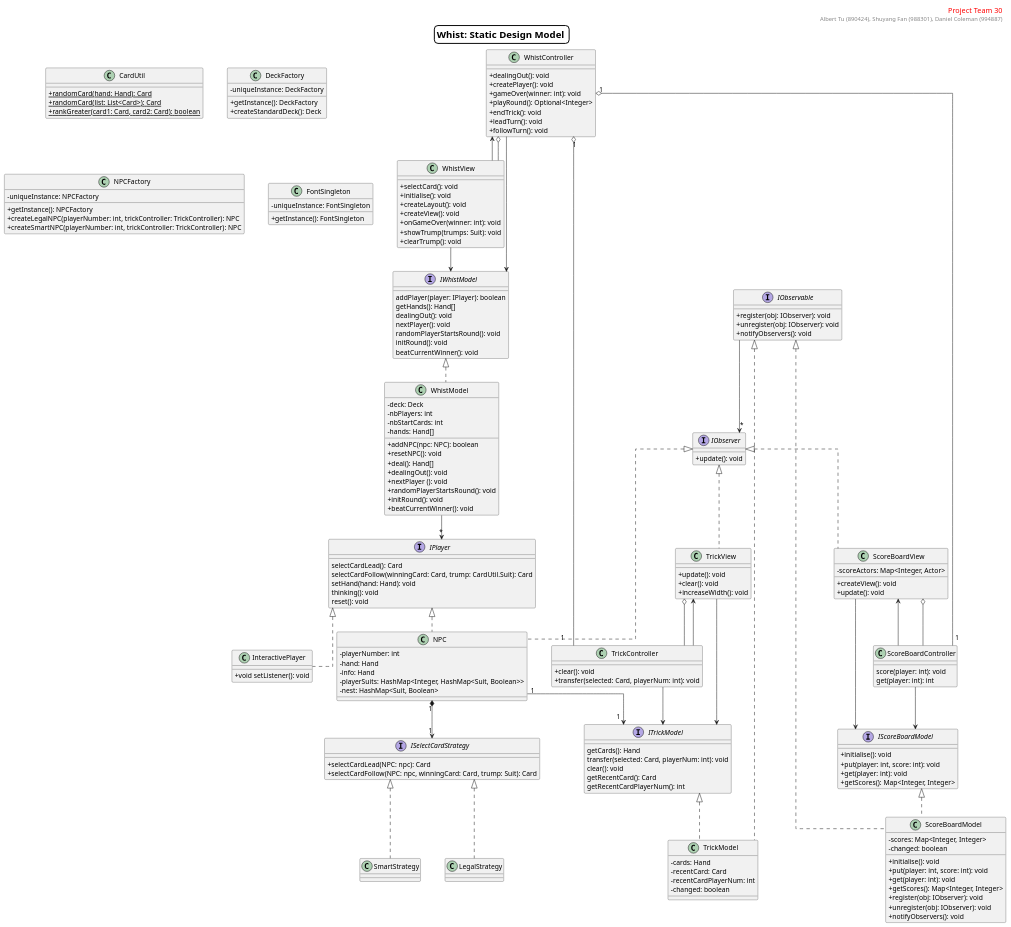
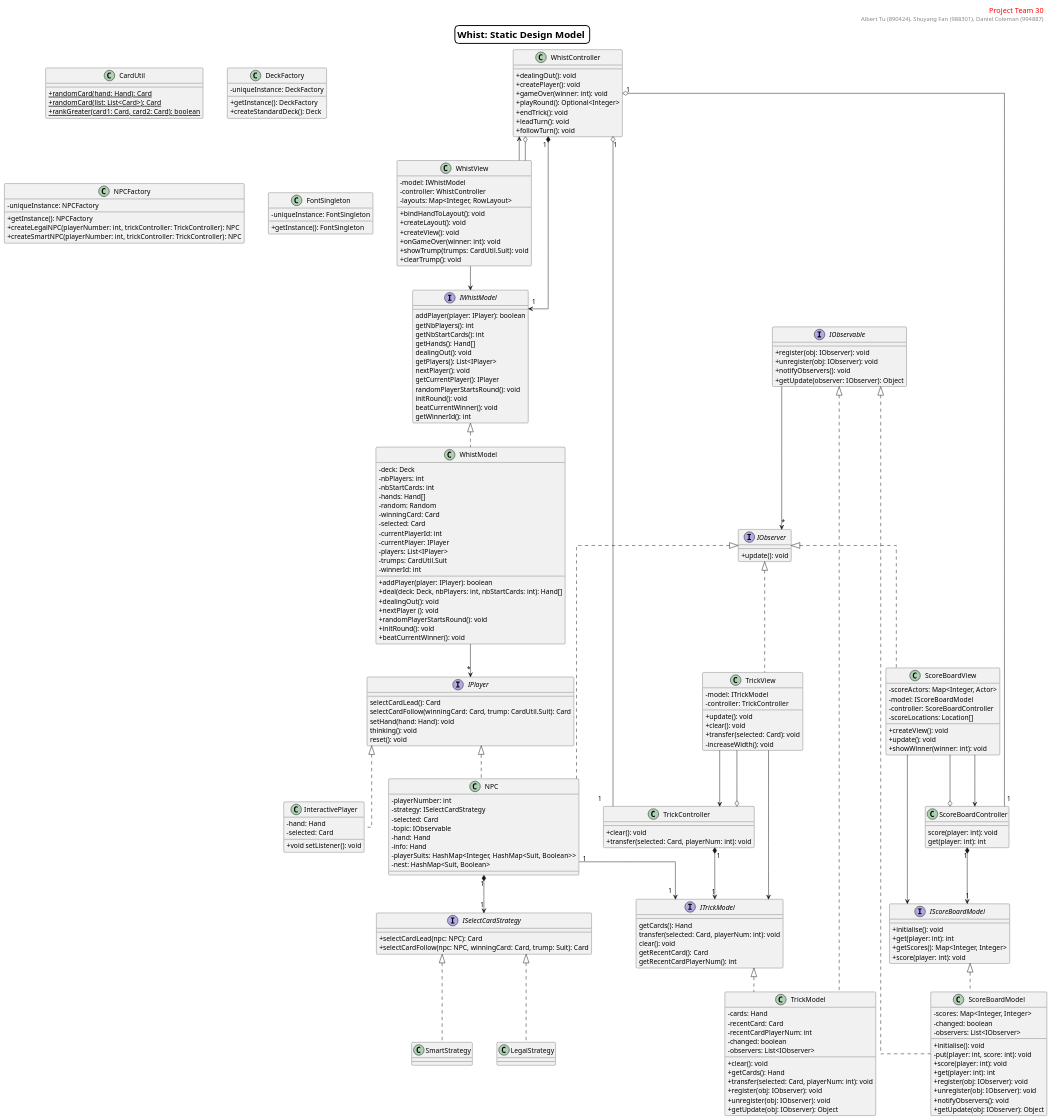
One commit to Haswf/Whist changed the diagram in uml/DesignClassDiagram.puml. Above: the diagram before and after it, drawn with PlantUML. The commit also changed 1 other file, not shown here.

Commit message:
DCD method updates, changed controller - model pairs to be compositions

```diff
--- a/uml/DesignClassDiagram.puml
+++ b/uml/DesignClassDiagram.puml
@@ -19,6 +19,9 @@
 endheader
 class NPC implements IObserver, IPlayer {
     - playerNumber: int
+    - strategy: ISelectCardStrategy
+    - selected: Card
+    - topic: IObservable
     - hand: Hand
     - info: Hand
     - playerSuits: HashMap<Integer, HashMap<Suit, Boolean>>
@@ -29,8 +32,8 @@
 NPC "1" --> "1" ITrickModel
 
 interface ISelectCardStrategy {
-    + selectCardLead(NPC: npc): Card
-    + selectCardFollow(NPC: npc, winningCard: Card, trump: Suit): Card
+    + selectCardLead(npc: NPC): Card
+    + selectCardFollow(npc: NPC, winningCard: Card, trump: Suit): Card
 }
 
 class SmartStrategy implements ISelectCardStrategy{
@@ -49,6 +52,7 @@
     + register(obj: IObserver): void
     + unregister(obj: IObserver): void
     + notifyObservers(): void
+    + getUpdate(observer: IObserver): Object
 }
 
 interface ITrickModel {
@@ -64,16 +68,28 @@
     - recentCard: Card
     - recentCardPlayerNum: int
     - changed: boolean
+    - observers: List<IObserver>
+
+    + clear(): void
+    + getCards(): Hand
+    + transfer(selected: Card, playerNum: int): void
+    + register(obj: IObserver): void
+    + unregister(obj: IObserver): void
+    + getUpdate(obj: IObserver): Object
 }
 IObservable --> "*" IObserver
 
 class TrickView implements IObserver {
+    - model: ITrickModel
+    - controller: TrickController
+
     + update(): void
     + clear(): void
-    + increaseWidth(): void
+    + transfer(selected: Card): void
+    - increaseWidth(): void
 }
 
-TrickView o-- TrickController
+TrickView --> TrickController
 TrickView --> ITrickModel
 
 class TrickController {
@@ -81,17 +97,22 @@
    + transfer(selected: Card, playerNum: int): void
 }
 
-TrickController --> ITrickModel
-TrickController --> TrickView
+TrickController "1" *--> "1" ITrickModel
+TrickController o-- TrickView
 
 interface IWhistModel{
     addPlayer(player: IPlayer): boolean
+    getNbPlayers(): int
+    getNbStartCards(): int
     getHands(): Hand[]
     dealingOut(): void
+    getPlayers(): List<IPlayer>
     nextPlayer(): void
+    getCurrentPlayer(): IPlayer
     randomPlayerStartsRound(): void
     initRound(): void
     beatCurrentWinner(): void
+    getWinnerId(): int
 }
 
 class WhistModel implements IWhistModel{
@@ -100,10 +121,17 @@
     - nbPlayers: int
     - nbStartCards: int
     - hands: Hand[]
+    - random: Random
+    - winningCard: Card
+    - selected: Card
+    - currentPlayerId: int
+    - currentPlayer: IPlayer
+    - players: List<IPlayer>
+    - trumps: CardUtil.Suit
+    - winnerId: int
 
-    + addNPC(npc: NPC): boolean
-    + resetNPC(): void
-    + deal(): Hand[]
+    + addPlayer(player: IPlayer): boolean
+    + deal(deck: Deck, nbPlayers: int, nbStartCards: int): Hand[]
     + dealingOut(): void
     + nextPlayer (): void
     + randomPlayerStartsRound(): void
@@ -114,12 +142,15 @@
 WhistModel --> "*" IPlayer
 
 class WhistView {
-    + selectCard(): void
-    + initialise(): void
+    - model: IWhistModel
+    - controller: WhistController
+    - layouts: Map<Integer, RowLayout>
+
+    + bindHandToLayout(): void
     + createLayout(): void
     + createView(): void
     + onGameOver(winner: int): void
-    + showTrump(trumps: Suit): void
+    + showTrump(trumps: CardUtil.Suit): void
     + clearTrump(): void
 }
 
@@ -136,7 +167,7 @@
 
 }
 
-WhistController --> IWhistModel
+WhistController "1" *--> "1" IWhistModel
 WhistController o--	 WhistView
 WhistView --> WhistController
 WhistController "1" o-- "1" TrickController
@@ -144,41 +175,47 @@
 
 interface IScoreBoardModel {
     + initialise(): void
-    + put(player: int, score: int): void
-    + get(player: int): void
+    + get(player: int): int
     + getScores(): Map<Integer, Integer>
+    + score(player: int): void
 }
 
 class ScoreBoardModel implements IScoreBoardModel, IObservable{
     - scores: Map<Integer, Integer>
     - changed: boolean
+    - observers: List<IObserver>
 
     + initialise(): void
-    + put(player: int, score: int): void
-    + get(player: int): void
-    + getScores(): Map<Integer, Integer>
+    - put(player: int, score: int): void
+    + score(player: int): void
+    + get(player: int): int
     + register(obj: IObserver): void
     + unregister(obj: IObserver): void
     + notifyObservers(): void
+    + getUpdate(obj: IObserver): Object
 }
 
 class ScoreBoardView implements IObserver{
     - scoreActors: Map<Integer, Actor>
+    - model: IScoreBoardModel
+    - controller: ScoreBoardController
+    - scoreLocations: Location[]
 
     + createView(): void
     + update(): void
+    + showWinner(winner: int): void
 }
 
 ScoreBoardView --> IScoreBoardModel
-ScoreBoardView o--	 ScoreBoardController
+ScoreBoardView -->	 ScoreBoardController
 
 class ScoreBoardController {
     score(player: int): void
     get(player: int): int
 }
 
-ScoreBoardController --> IScoreBoardModel
-ScoreBoardController --> ScoreBoardView
+ScoreBoardController "1" *--> "1" IScoreBoardModel
+ScoreBoardController o-- ScoreBoardView
 
 class CardUtil{
     + {static} randomCard(hand: Hand): Card
@@ -213,6 +250,9 @@
 }
 
 class InteractivePlayer implements IPlayer {
+    - hand: Hand
+    - selected: Card
+
     + void setListener(): void
 }
 @enduml
```
